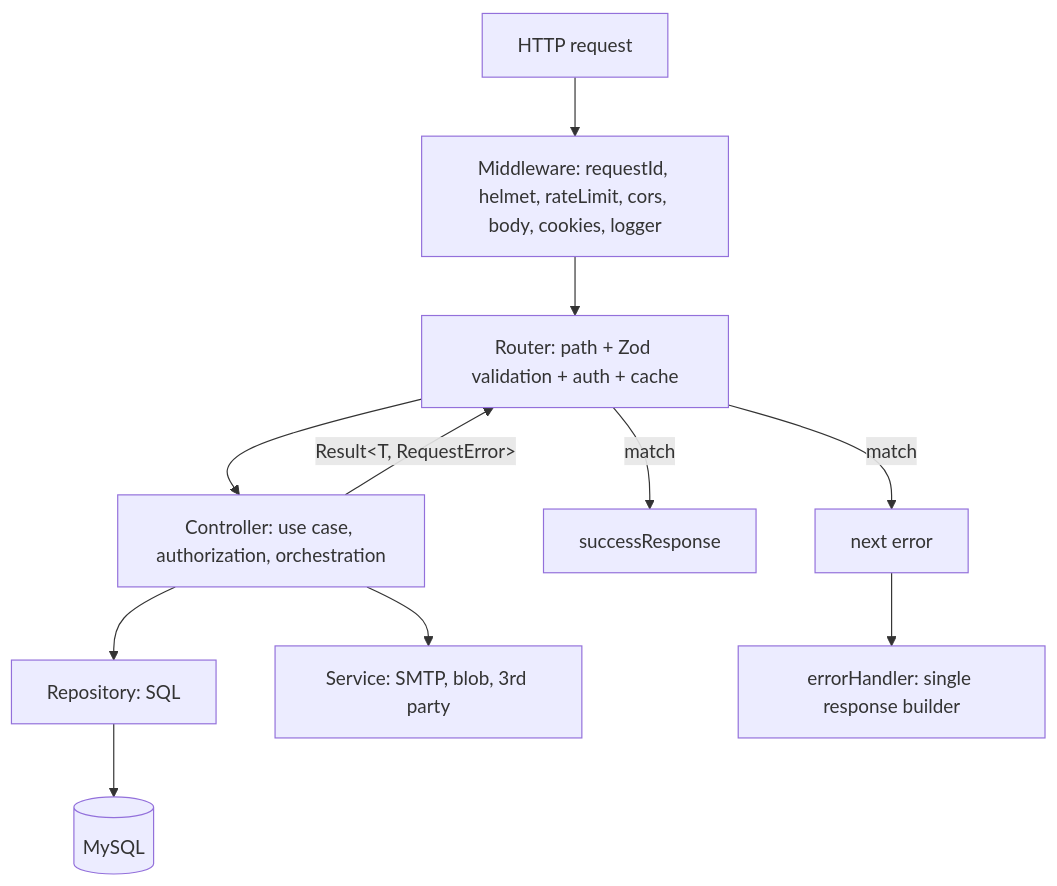
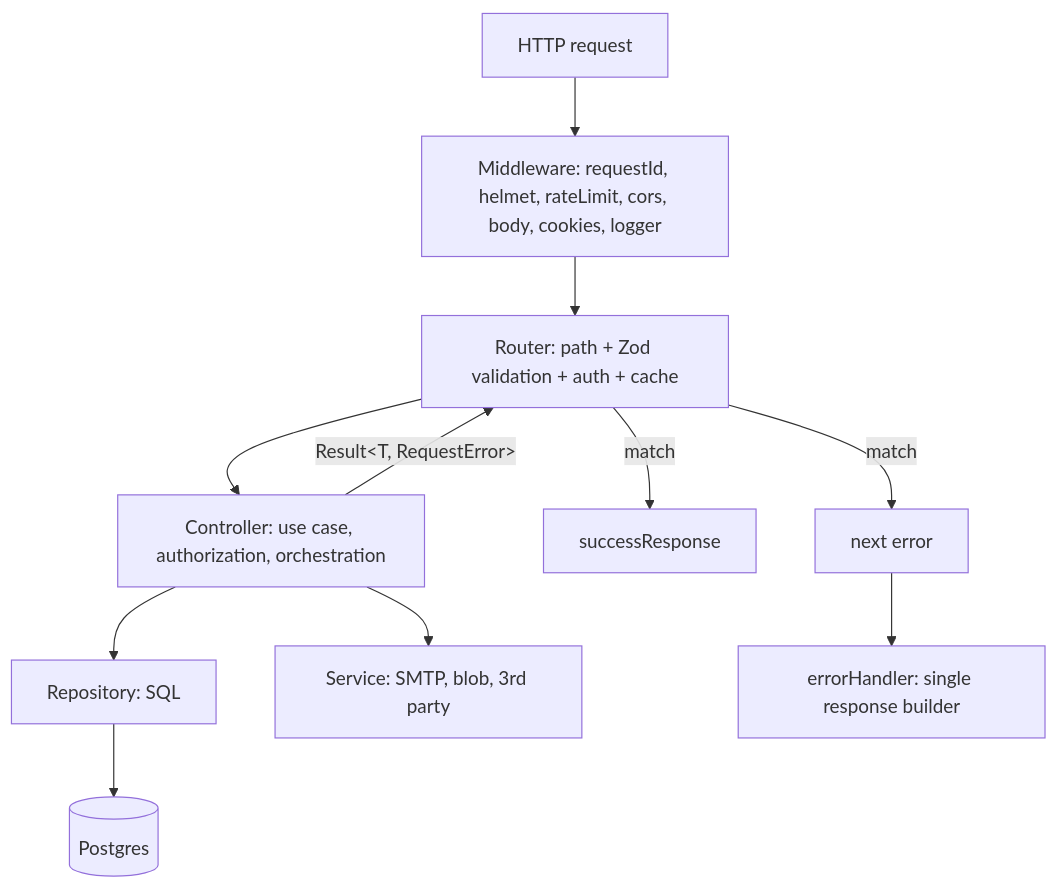
One commit to Prat05devs/pahadpulse changed the second of 3 diagrams in guidelines/backend/02-high-level-design.md. Above: the diagram before and after it, drawn with Mermaid. The commit also changed other lines of this file and 90 other files, not shown here.

````diff
--- a/guidelines/backend/02-high-level-design.md
+++ b/guidelines/backend/02-high-level-design.md
@@ -39,12 +39,12 @@
 ```mermaid
 flowchart TD
   A[HTTP request] --> B[Middleware: requestId, helmet, rateLimit, cors, body, cookies, logger]
   B --> C[Router: path + Zod validation + auth + cache]
   C --> D[Controller: use case, authorization, orchestration]
   D --> E[Repository: SQL]
   D --> F[Service: SMTP, blob, 3rd party]
-  E --> G[(MySQL)]
+  E --> G[(Postgres)]
   D -->|Result&lt;T, RequestError&gt;| C
   C -->|match| H[successResponse] & I[next error]
   I --> J[errorHandler: single response builder]
 ```
````
